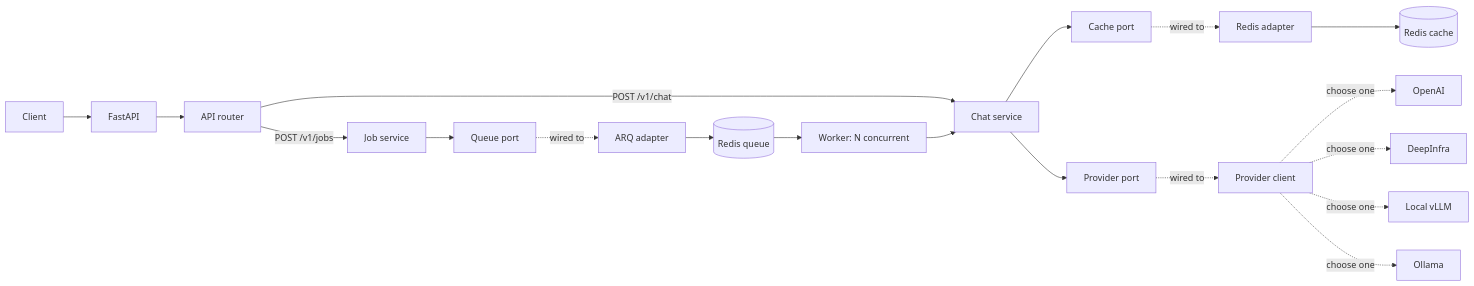
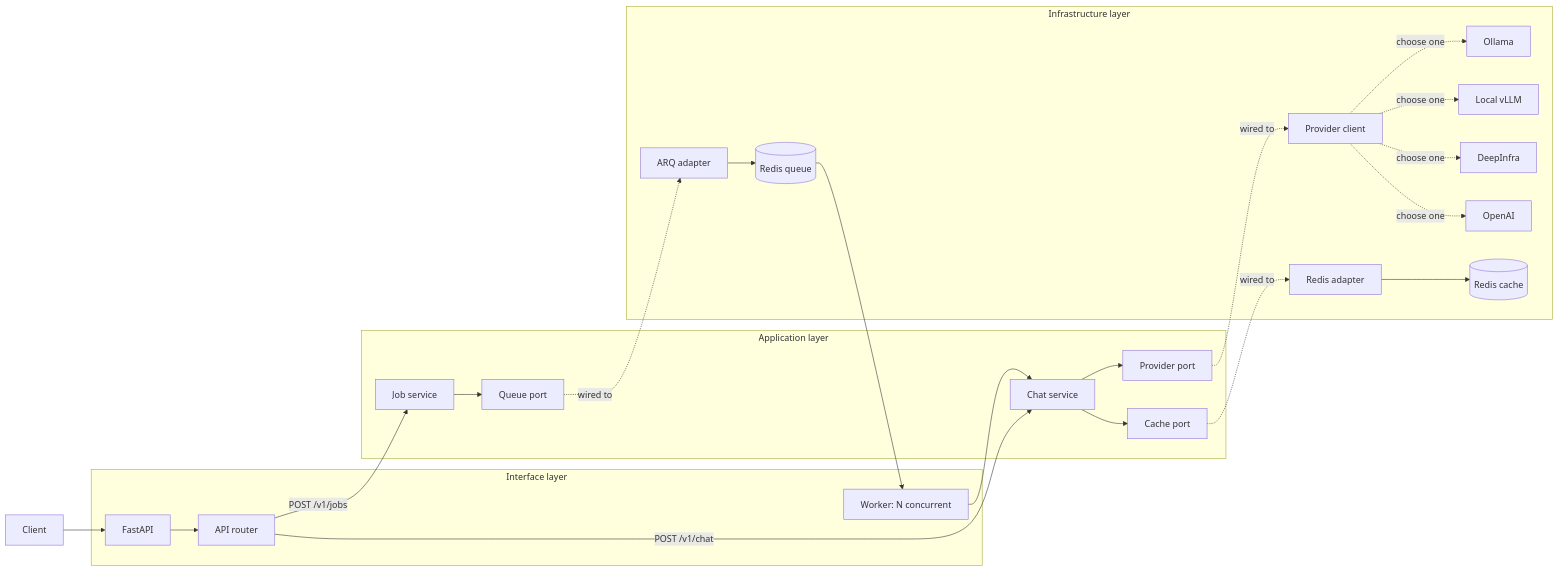
One commit to WeerayutBu/backend changed the first of 2 diagrams in 00P2-project-llm-api/README.md. Above: the diagram before and after it, drawn with Mermaid. The commit also changed other lines of this file and 44 other files, not shown here.

````diff
--- a/00P2-project-llm-api/README.md
+++ b/00P2-project-llm-api/README.md
@@ -17,25 +17,47 @@
 ```mermaid
 flowchart LR
-    Client --> API[FastAPI]
-    API --> Router[API router]
+    Client[Client]
 
-    Router -->|POST /v1/chat| Service[Chat service]
-    Router -->|POST /v1/jobs| Jobs[Job service]
-    Jobs --> QueuePort[Queue port]
-    QueuePort -. wired to .-> QueueAdapter[ARQ adapter]
-    QueueAdapter --> Queue[(Redis queue)]
+    subgraph Interface[Interface layer]
+        API[FastAPI]
+        Router[API router]
+        Worker[Worker: N concurrent]
+    end
 
-    Queue --> Worker[Worker: N concurrent]
-    Worker --> Service
+    subgraph Application[Application layer]
+        Chat[Chat service]
+        Jobs[Job service]
+        CachePort[Cache port]
+        QueuePort[Queue port]
+        ProviderPort[Provider port]
+    end
 
-    Service --> CachePort[Cache port]
-    CachePort -. wired to .-> CacheAdapter[Redis adapter]
-    CacheAdapter --> Cache[(Redis cache)]
-    Service --> ProviderPort[Provider port]
-    ProviderPort -. wired to .-> Gateway[Provider client]
+    subgraph Infrastructure[Infrastructure layer]
+        CacheAdapter[Redis adapter]
+        QueueAdapter[ARQ adapter]
+        Gateway[Provider client]
+        Cache[(Redis cache)]
+        Queue[(Redis queue)]
+        OpenAI[OpenAI]
+        DeepInfra[DeepInfra]
+        vLLM[Local vLLM]
+        Ollama[Ollama]
+    end
 
-    Gateway -. choose one .-> OpenAI[OpenAI]
-    Gateway -. choose one .-> DeepInfra[DeepInfra]
-    Gateway -. choose one .-> vLLM[Local vLLM]
-    Gateway -. choose one .-> Ollama[Ollama]
+    Client --> API --> Router
+    Router -->|POST /v1/chat| Chat
+    Router -->|POST /v1/jobs| Jobs
+    Jobs --> QueuePort
+    QueuePort -. wired to .-> QueueAdapter
+    QueueAdapter --> Queue
+    Queue --> Worker --> Chat
+    Chat --> CachePort
+    CachePort -. wired to .-> CacheAdapter
+    CacheAdapter --> Cache
+    Chat --> ProviderPort
+    ProviderPort -. wired to .-> Gateway
+    Gateway -. choose one .-> OpenAI
+    Gateway -. choose one .-> DeepInfra
+    Gateway -. choose one .-> vLLM
+    Gateway -. choose one .-> Ollama
 ```
````
